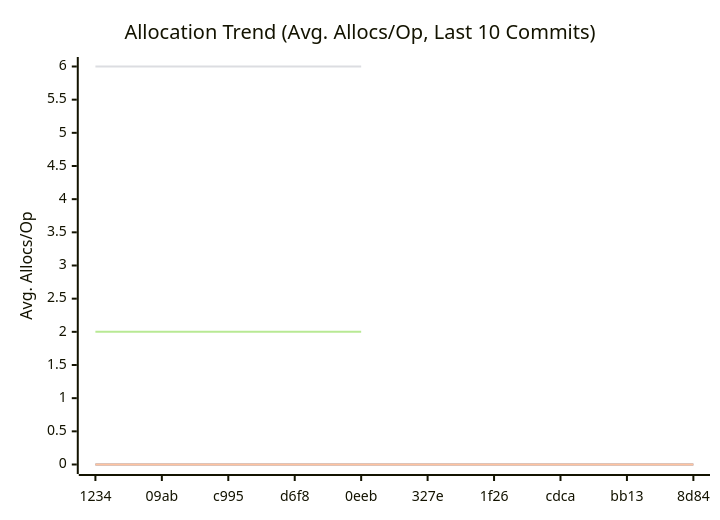
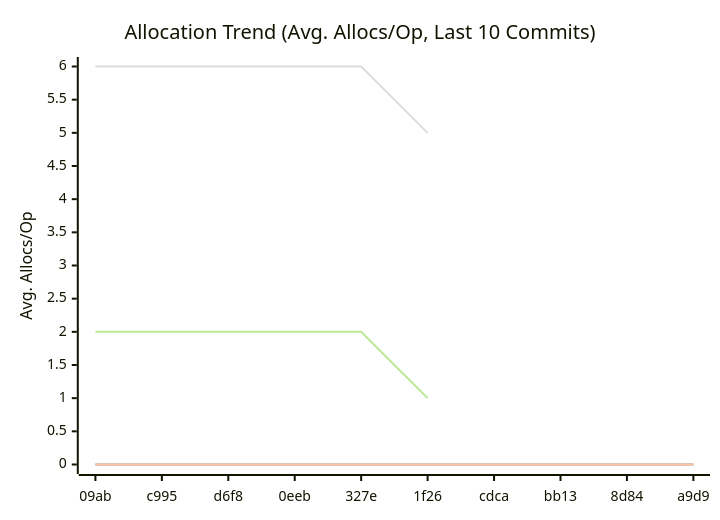
The third of 3 diagrams in doc/README.md (alsotoes/momo), drawn with Mermaid before and after one commit. The commit also changed other lines of this file and 1 other file, not shown here.

````diff
--- a/doc/README.md
+++ b/doc/README.md
@@ -322,12 +322,12 @@
 ```mermaid
 xychart-beta
     title "Allocation Trend (Avg. Allocs/Op, Last 10 Commits)"
     x-axis "Commit"
     y-axis "Avg. Allocs/Op"
-    x-axis [1234,09ab,c995,d6f8,0eeb,327e,1f26,cdca,bb13,8d84]
+    x-axis [09ab,c995,d6f8,0eeb,327e,1f26,cdca,bb13,8d84,a9d9]
     line "CheckMetricsAndSwap" [0,0,0,0,0,0,0,0,0,0]
     line "IndexDirectTracking" [0,0,0,0,0,0,0,0,0,0]
     line "IndexSearch" [0,0,0,0,0,0,0,0,0,0]
-    line "ParseReplicationOrder_NoPrealloc" [6,6,6,6,6]
-    line "ParseReplicationOrder_Prealloc" [2,2,2,2,2]
+    line "ParseReplicationOrder_NoPrealloc" [6,6,6,6,6,5]
+    line "ParseReplicationOrder_Prealloc" [2,2,2,2,2,1]
 ```
````
